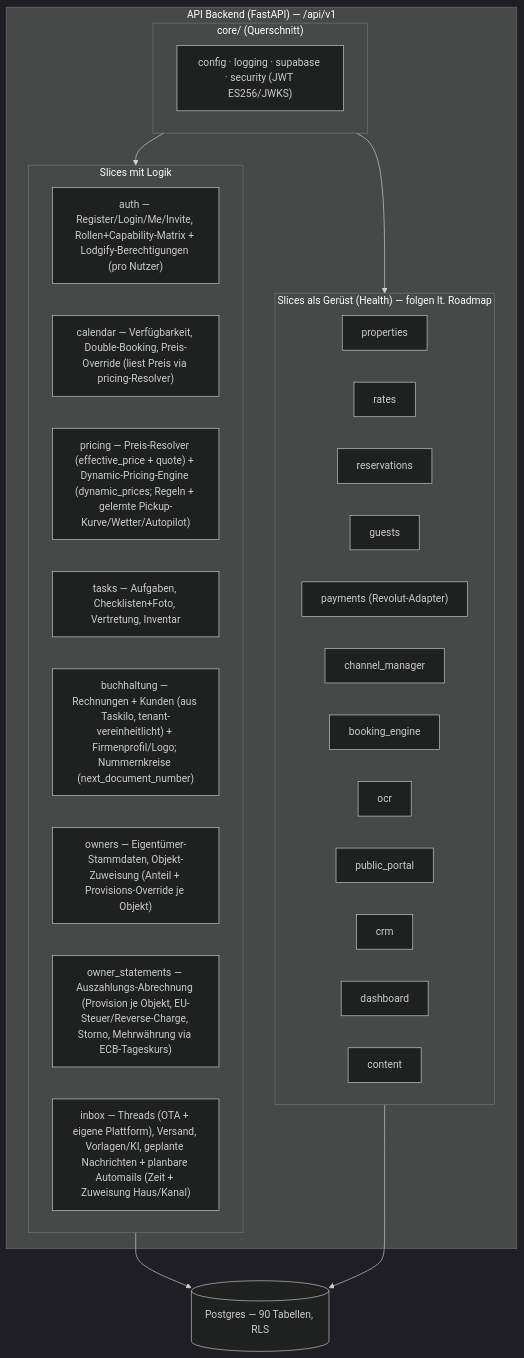
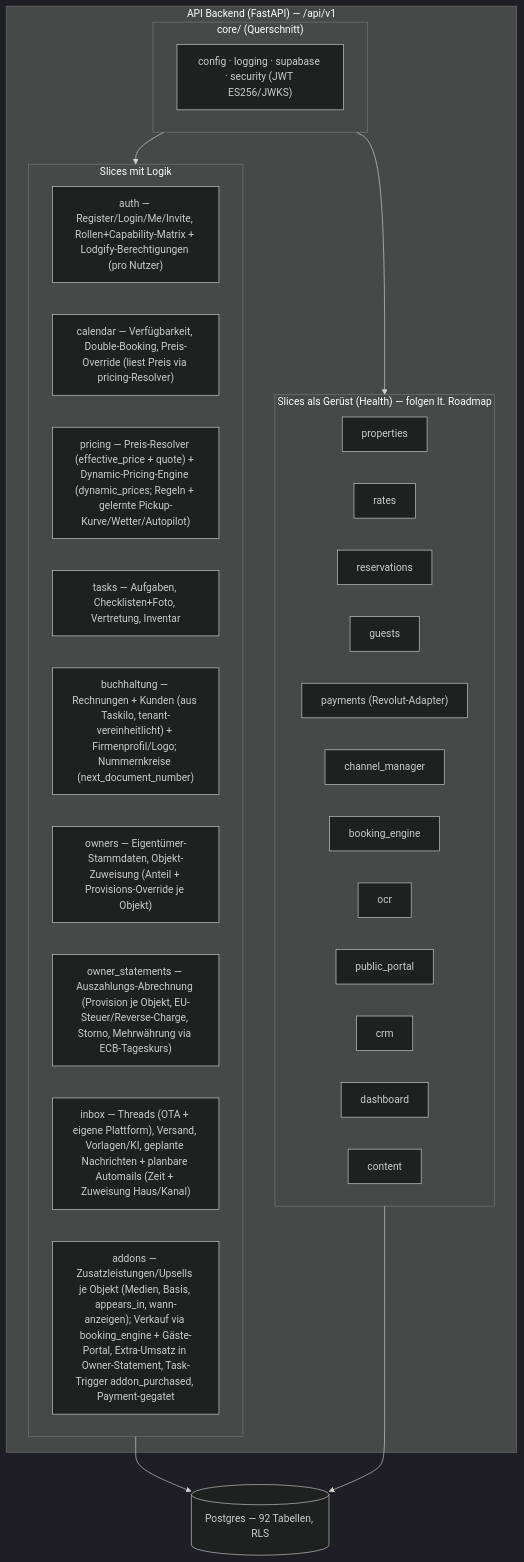
One commit to Andy1234567890-cmyk/NextDays changed the third of 15 diagrams in docs/ARCHITECTURE.md. Above: the diagram before and after it, drawn with Mermaid (dark theme). The commit also changed other lines of this file and 26 other files, not shown here.

First line of the commit message:
feat(addons): Zusatzleistungen/Upsells — Gäste buchen Extras dazu

````diff
--- a/docs/ARCHITECTURE.md
+++ b/docs/ARCHITECTURE.md
@@ -119,29 +119,30 @@
 ```mermaid
 flowchart TB
     subgraph API["API Backend (FastAPI) — /api/v1"]
         subgraph CORE["core/ (Querschnitt)"]
             CFG["config · logging · supabase · security (JWT ES256/JWKS)"]
         end
         subgraph DONE["Slices mit Logik"]
             AUTH["auth — Register/Login/Me/Invite, Rollen+Capability-Matrix + Lodgify-Berechtigungen (pro Nutzer)"]
             CAL["calendar — Verfügbarkeit, Double-Booking, Preis-Override (liest Preis via pricing-Resolver)"]
             PRICE["pricing — Preis-Resolver (effective_price + quote) + Dynamic-Pricing-Engine (dynamic_prices; Regeln + gelernte Pickup-Kurve/Wetter/Autopilot)"]
             TASKS["tasks — Aufgaben, Checklisten+Foto, Vertretung, Inventar"]
             BUCH["buchhaltung — Rechnungen + Kunden (aus Taskilo, tenant-vereinheitlicht) + Firmenprofil/Logo; Nummernkreise (next_document_number)"]
             OWN["owners — Eigentümer-Stammdaten, Objekt-Zuweisung (Anteil + Provisions-Override je Objekt)"]
             OWNST["owner_statements — Auszahlungs-Abrechnung (Provision je Objekt, EU-Steuer/Reverse-Charge, Storno, Mehrwährung via ECB-Tageskurs)"]
             INBOXL["inbox — Threads (OTA + eigene Plattform), Versand, Vorlagen/KI, geplante Nachrichten + planbare Automails (Zeit + Zuweisung Haus/Kanal)"]
+            ADDON["addons — Zusatzleistungen/Upsells je Objekt (Medien, Basis, appears_in, wann-anzeigen); Verkauf via booking_engine + Gäste-Portal, Extra-Umsatz in Owner-Statement, Task-Trigger addon_purchased, Payment-gegatet"]
         end
         subgraph SCAFFOLD["Slices als Gerüst (Health) — folgen lt. Roadmap"]
             PROP["properties"]; RATES["rates"]; RES["reservations"]
             GUE["guests"]; PAY["payments (Revolut-Adapter)"]
             CM["channel_manager"]; BOOK["booking_engine"]; OCR["ocr"]
             PORTAL["public_portal"]; CRM["crm"]; DASH["dashboard"]; CONT["content"]
         end
     end
-    DB[("Postgres — 90 Tabellen, RLS")]
+    DB[("Postgres — 92 Tabellen, RLS")]
     DONE --> DB
     SCAFFOLD --> DB
     CORE --> DONE
     CORE --> SCAFFOLD
 ```
````
